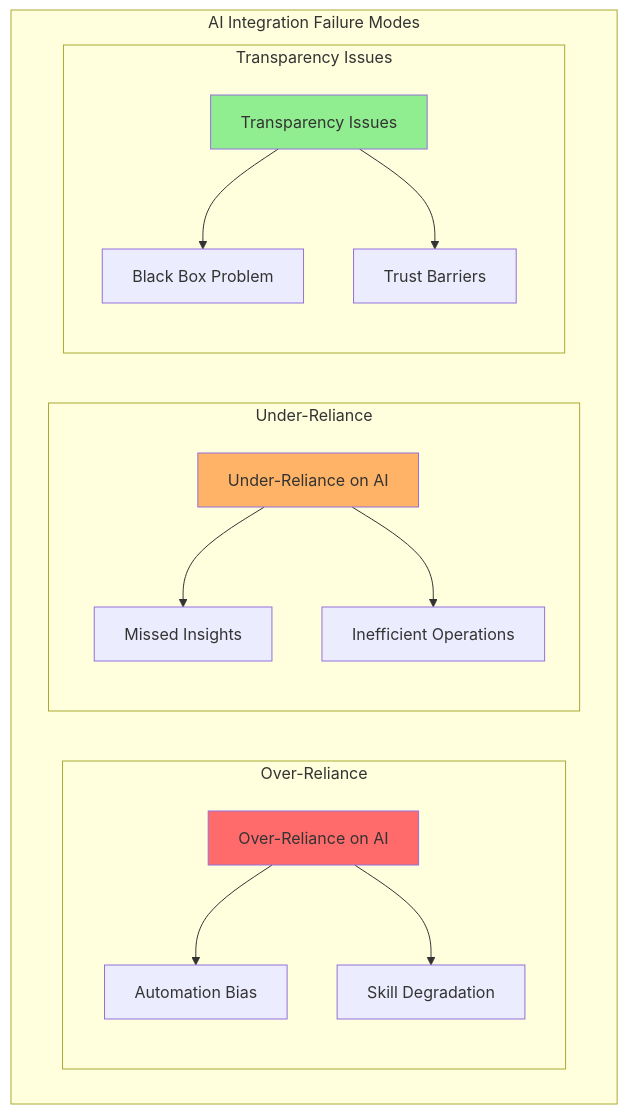
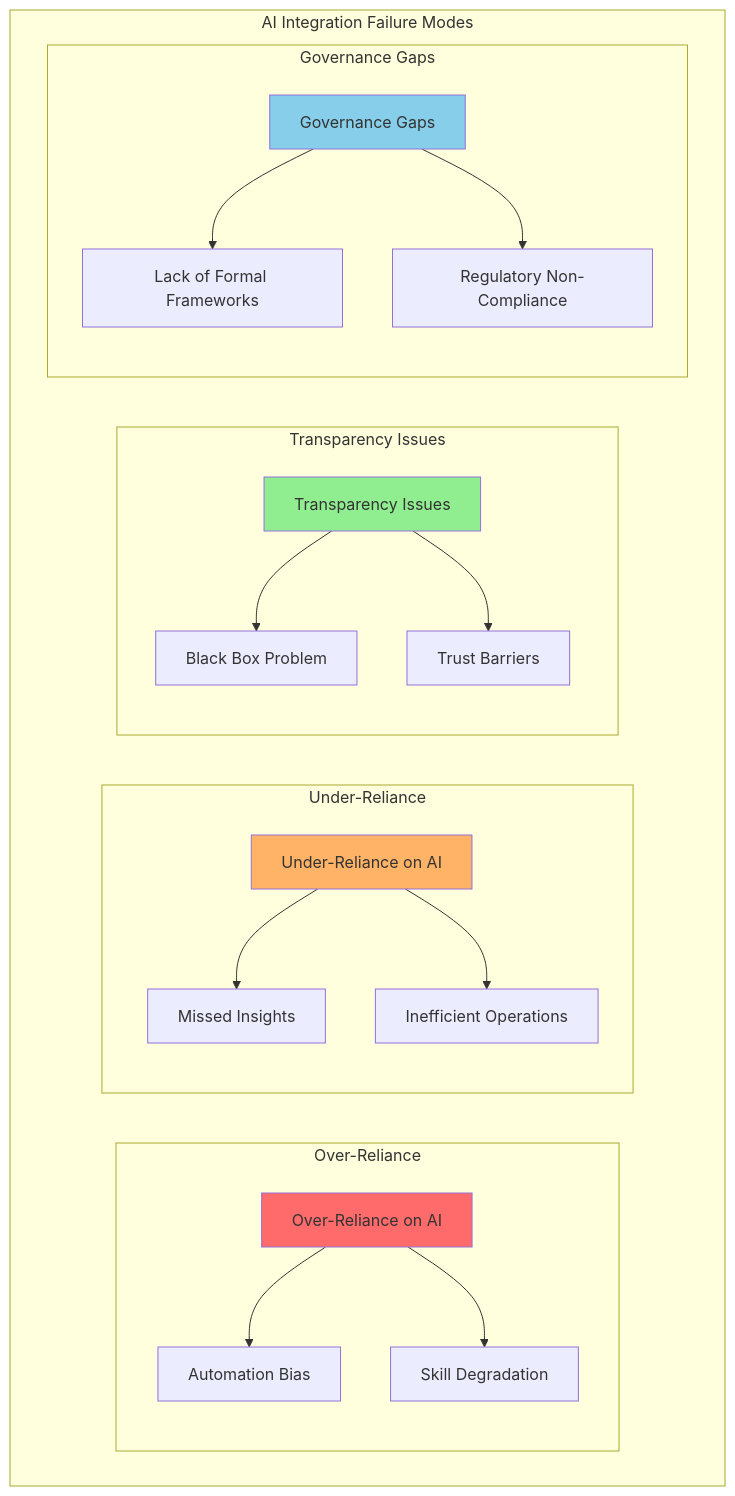
One commit to klauseduard/under-over-models changed the first of 10 diagrams in chapters/08-ai-organizational-impact.md. Above: the diagram before and after it, drawn with Mermaid.

Commit message:
Add Governance Gaps as fourth failure mode in AI Integration diagram - Added Governance Gaps subgraph with Lack of Formal Frameworks and Regulatory Non-Compliance - Includes appropriate color styling for visual distinction - Enhances completeness of failure modes analysis in section 8.2.3

````diff
--- a/chapters/08-ai-organizational-impact.md
+++ b/chapters/08-ai-organizational-impact.md
@@ -56,35 +56,45 @@
 ```mermaid
 graph TD
     subgraph "AI Integration Failure Modes"
         subgraph "Over-Reliance"
             OR[Over-Reliance on AI]
             AB[Automation Bias]
             SK[Skill Degradation]
             
             OR --> AB
             OR --> SK
         end
         
         subgraph "Under-Reliance"
             UR[Under-Reliance on AI]
             MI[Missed Insights]
             IE[Inefficient Operations]
             
             UR --> MI
             UR --> IE
         end
         
         subgraph "Transparency Issues"
             TI[Transparency Issues]
             BB[Black Box Problem]
             TB[Trust Barriers]
             
             TI --> BB
             TI --> TB
         end
         
+        subgraph "Governance Gaps"
+            GG[Governance Gaps]
+            LF[Lack of Formal Frameworks]
+            RN[Regulatory Non-Compliance]
+            
+            GG --> LF
+            GG --> RN
+        end
+        
         style OR fill:#FF6B6B
         style UR fill:#FFB366
         style TI fill:#90EE90
+        style GG fill:#87CEEB
     end
 ```
````
